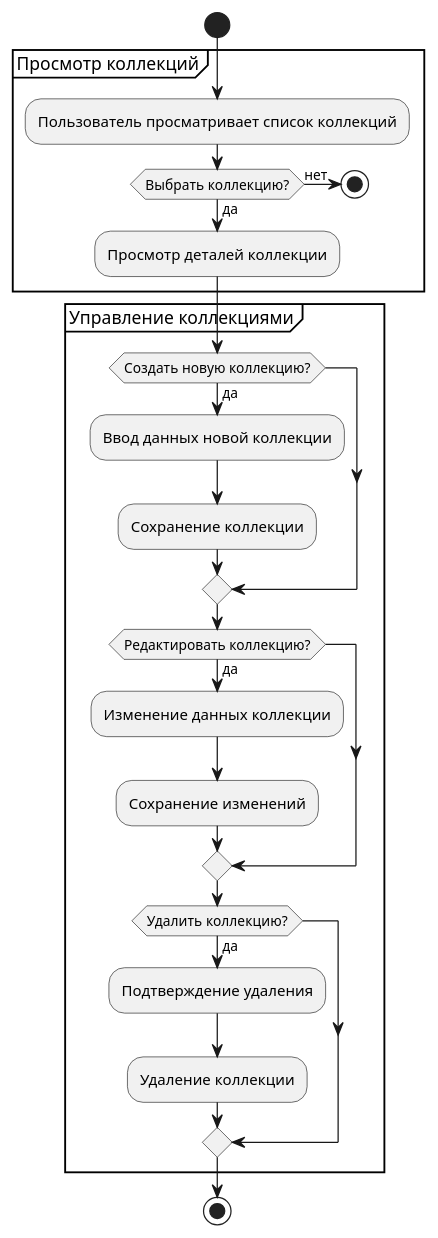
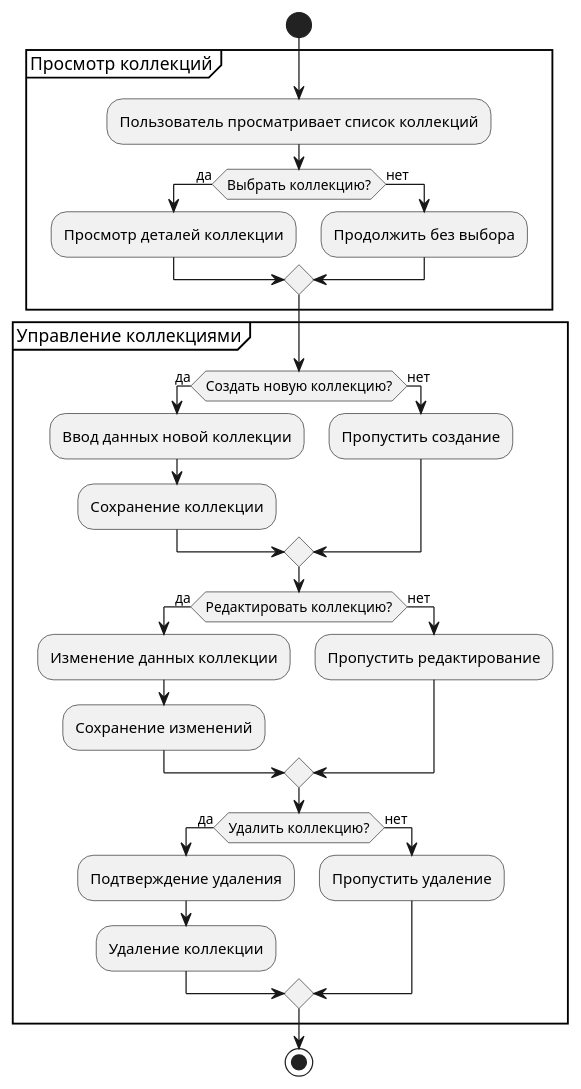
One commit to Eaglet12IQ/spo-project changed the diagram in diagrams/Диаграмма процессов Управление коллекциями.puml. Above: the diagram before and after it, drawn with PlantUML. The commit also changed 1 other file, not shown here.

Commit message:
`Updated diagrams for "Просмотр коллекций" and "Просмотр марок" with additional "Пропустить" options`

```diff
--- a/diagrams/Диаграмма процессов Управление коллекциями.puml
+++ b/diagrams/Диаграмма процессов Управление коллекциями.puml
@@ -1,31 +1,37 @@
 @startuml
 start
 
 partition "Просмотр коллекций" {
   :Пользователь просматривает список коллекций;
   if (Выбрать коллекцию?) then (да)
     :Просмотр деталей коллекции;
   else (нет)
-    stop
+    :Продолжить без выбора;
   endif
 }
 
 partition "Управление коллекциями" {
   if (Создать новую коллекцию?) then (да)
     :Ввод данных новой коллекции;
     :Сохранение коллекции;
+  else (нет)
+    :Пропустить создание;
   endif
 
   if (Редактировать коллекцию?) then (да)
     :Изменение данных коллекции;
     :Сохранение изменений;
+  else (нет)
+    :Пропустить редактирование;
   endif
 
   if (Удалить коллекцию?) then (да)
     :Подтверждение удаления;
     :Удаление коллекции;
+  else (нет)
+    :Пропустить удаление;
   endif
 }
 
 stop
 @enduml
```
